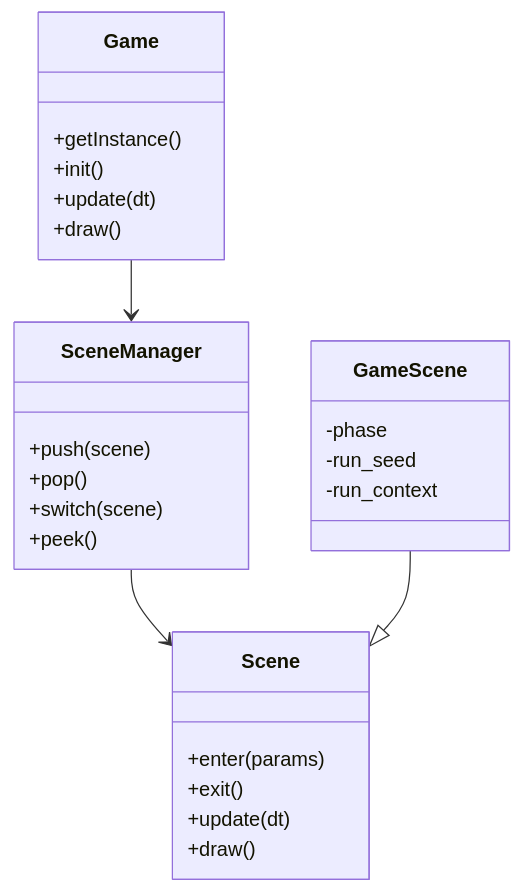
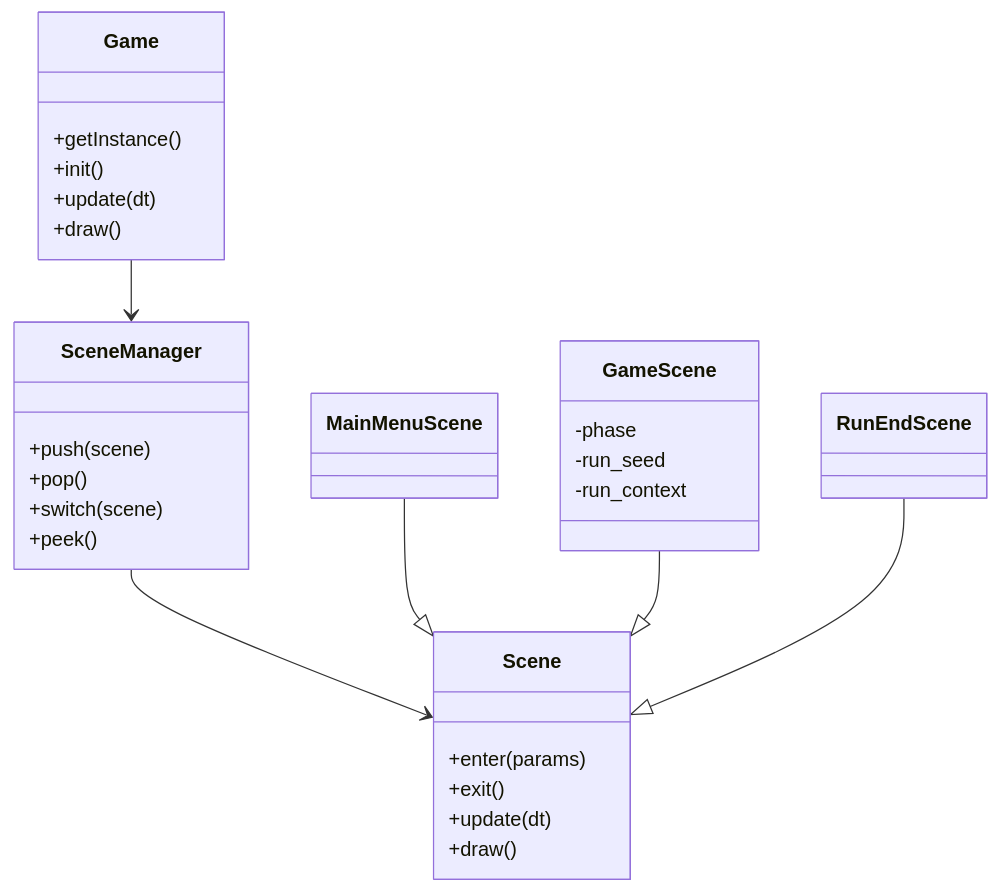
Before and after one commit to rlatndud9090/frdy: the second of 6 diagrams in CLASS_DIAGRAM.md, drawn with Mermaid. The commit also changed other lines of this file and 31 other files, not shown here.

````diff
--- a/CLASS_DIAGRAM.md
+++ b/CLASS_DIAGRAM.md
@@ -35,33 +37,37 @@
 ```mermaid
 classDiagram
   class Game {
     +getInstance()
     +init()
     +update(dt)
     +draw()
   }
 
   class SceneManager {
     +push(scene)
     +pop()
     +switch(scene)
     +peek()
   }
 
   class Scene {
     +enter(params)
     +exit()
     +update(dt)
     +draw()
   }
 
+  class MainMenuScene
   class GameScene {
     -phase
     -run_seed
     -run_context
   }
+  class RunEndScene
 
   Game --> SceneManager
   SceneManager --> Scene
+  MainMenuScene --|> Scene
   GameScene --|> Scene
+  RunEndScene --|> Scene
 ```
````
